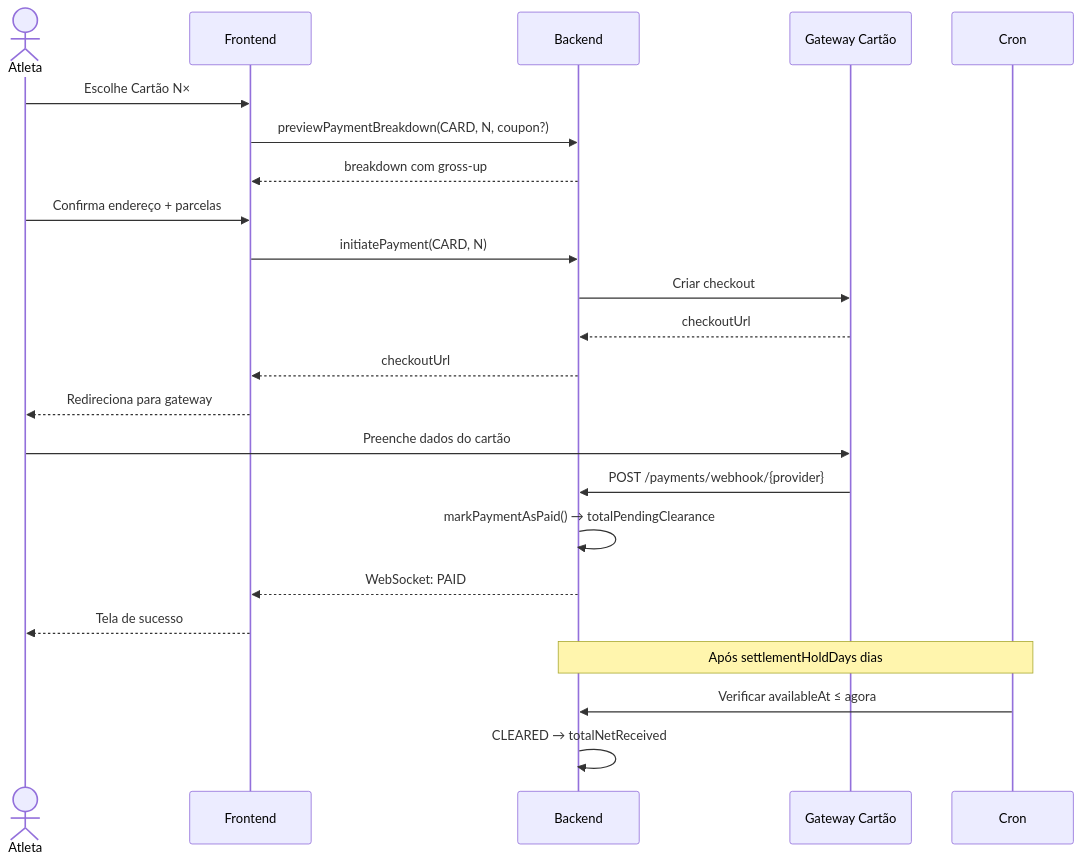
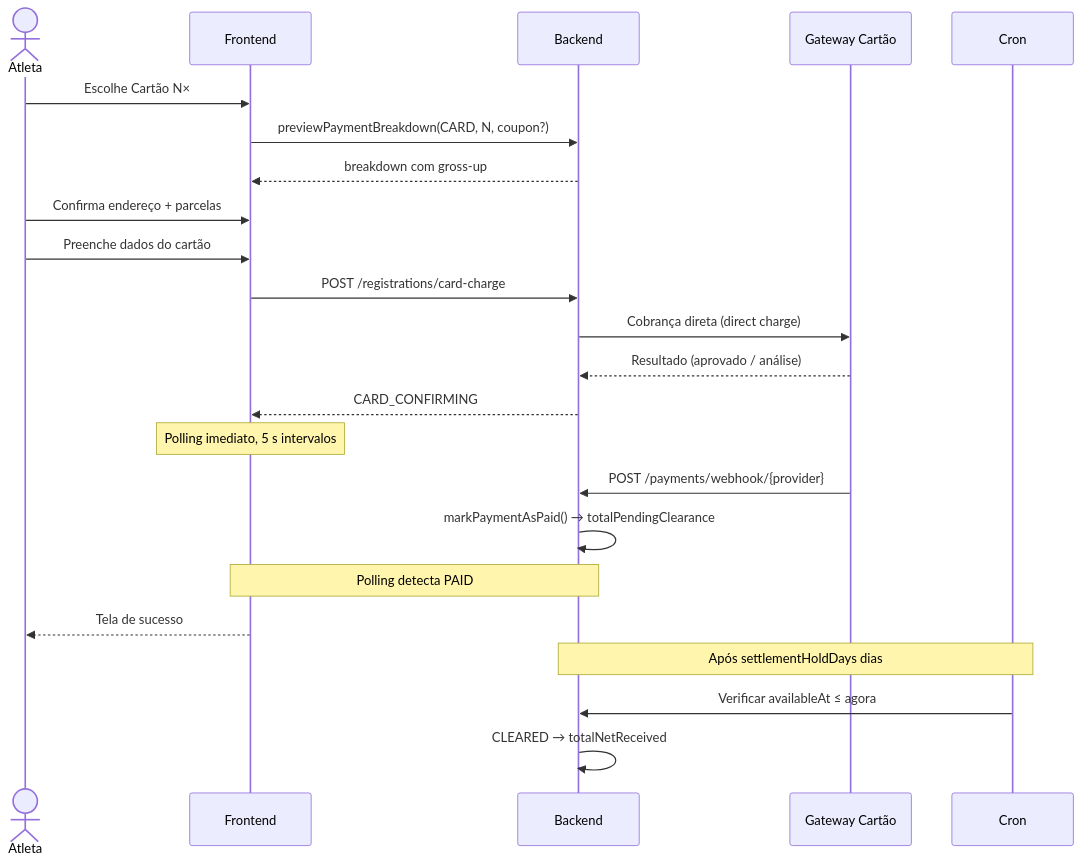
Before and after one commit to israelvcb/passogiro-mintlify-docs: the third of 6 diagrams in sistema/fluxo-pagamento.mdx, drawn with Mermaid. The commit also changed other lines of this file and 6 other files, not shown here.

````diff
--- a/sistema/fluxo-pagamento.mdx
+++ b/sistema/fluxo-pagamento.mdx
@@ -138,26 +149,26 @@
     ```mermaid
     sequenceDiagram
       actor Atleta
       participant FE as Frontend
       participant BE as Backend
       participant GW as Gateway Cartão
       participant Cron
 
       Atleta->>FE: Escolhe Cartão N×
       FE->>BE: previewPaymentBreakdown(CARD, N, coupon?)
       BE-->>FE: breakdown com gross-up
       Atleta->>FE: Confirma endereço + parcelas
-      FE->>BE: initiatePayment(CARD, N)
-      BE->>GW: Criar checkout
-      GW-->>BE: checkoutUrl
-      BE-->>FE: checkoutUrl
-      FE-->>Atleta: Redireciona para gateway
-      Atleta->>GW: Preenche dados do cartão
+      Atleta->>FE: Preenche dados do cartão
+      FE->>BE: POST /registrations/card-charge
+      BE->>GW: Cobrança direta (direct charge)
+      GW-->>BE: Resultado (aprovado / análise)
+      BE-->>FE: CARD_CONFIRMING
+      Note over FE: Polling imediato, 5 s intervalos
       GW->>BE: POST /payments/webhook/{provider}
       BE->>BE: markPaymentAsPaid() → totalPendingClearance
-      BE-->>FE: WebSocket: PAID
+      Note over FE,BE: Polling detecta PAID
       FE-->>Atleta: Tela de sucesso
       Note over Cron,BE: Após settlementHoldDays dias
       Cron->>BE: Verificar availableAt ≤ agora
       BE->>BE: CLEARED → totalNetReceived
     ```
````
